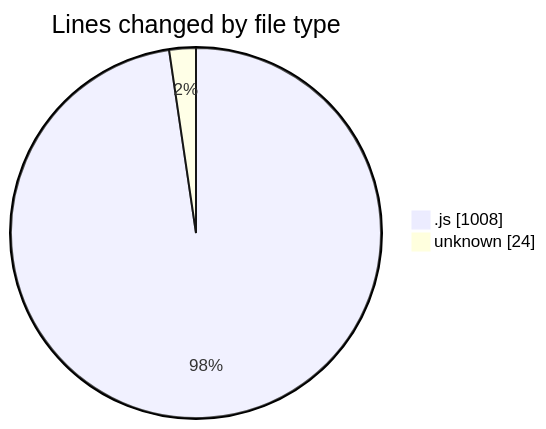
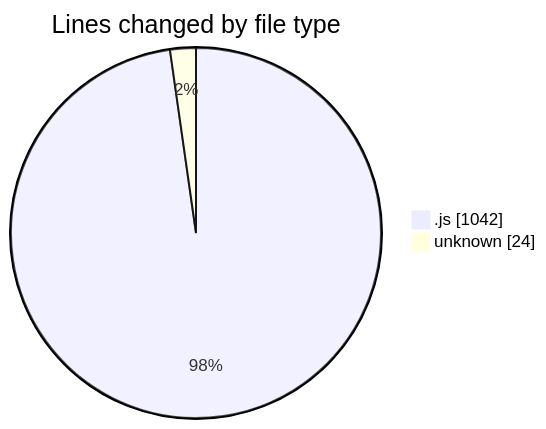
Before and after one commit to momahboobian/code-tracking: the first of 2 diagrams in 2025-02-04/cda/README.md, drawn with Mermaid. The commit also changed other lines of this file and 1 other file, not shown here.

````diff
--- a/2025-02-04/cda/README.md
+++ b/2025-02-04/cda/README.md
@@ -24,6 +24,6 @@
 ```mermaid
 pie showData
 title Lines changed by file type
-".js" : 1008
+".js" : 1042
 "unknown" : 24
 ```
````
